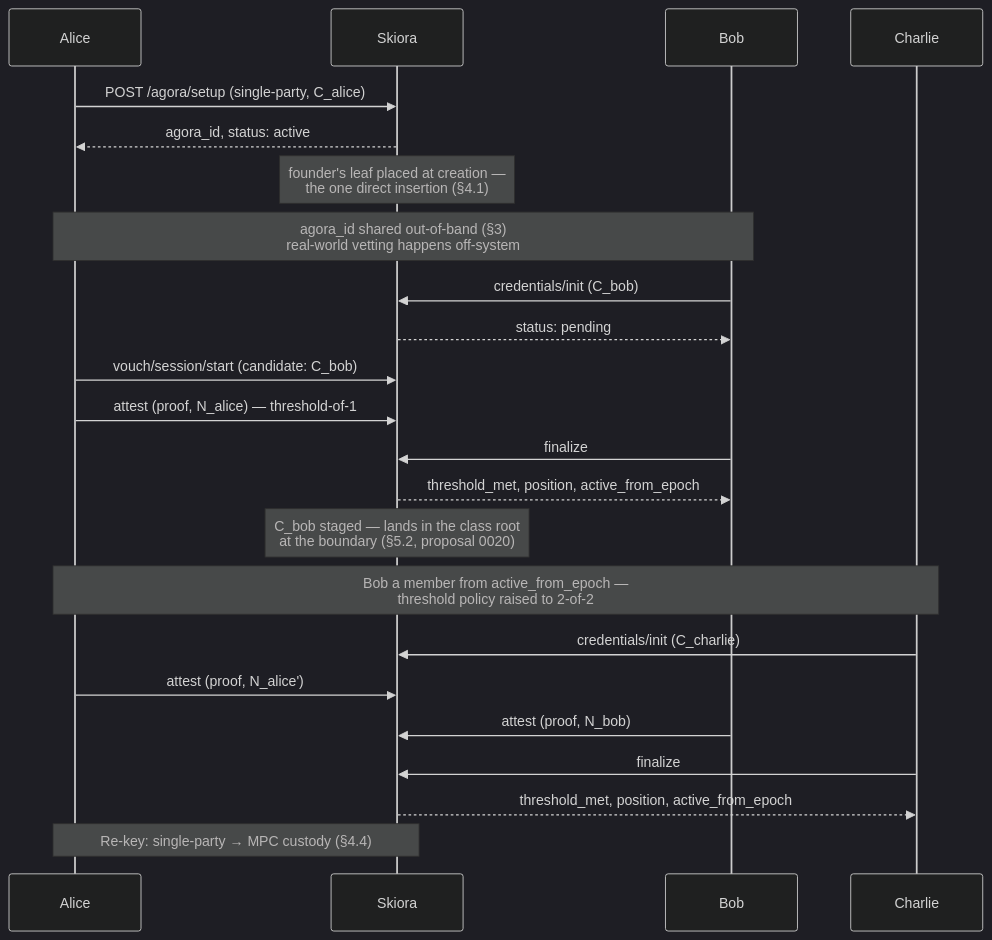
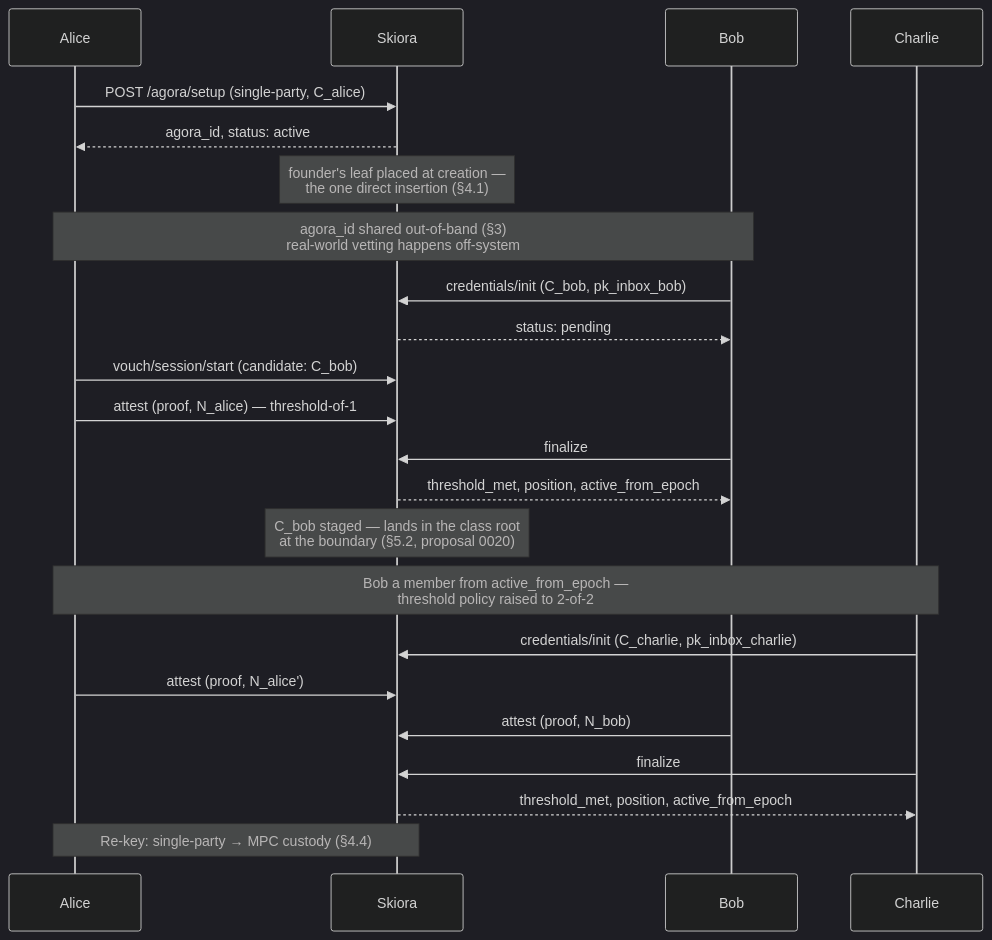
The second of 6 diagrams in spec/nymora-protocol.md (xyberal/nymora), drawn with Mermaid (dark theme) before and after one commit. The commit also changed other lines of this file and 59 other files, not shown here.

````diff
--- a/spec/nymora-protocol.md
+++ b/spec/nymora-protocol.md
@@ -96,32 +96,32 @@
 ```mermaid
 sequenceDiagram
     participant Alice
     participant Skiora
     participant Bob
     participant Charlie
 
     Alice->>Skiora: POST /agora/setup (single-party, C_alice)
     Skiora-->>Alice: agora_id, status: active
     Note over Skiora: founder's leaf placed at creation —<br/>the one direct insertion (§4.1)
 
     Note over Alice,Bob: agora_id shared out-of-band (§3)<br/>real-world vetting happens off-system
 
-    Bob->>Skiora: credentials/init (C_bob)
+    Bob->>Skiora: credentials/init (C_bob, pk_inbox_bob)
     Skiora-->>Bob: status: pending
 
     Alice->>Skiora: vouch/session/start (candidate: C_bob)
     Alice->>Skiora: attest (proof, N_alice) — threshold-of-1
     Bob->>Skiora: finalize
     Skiora-->>Bob: threshold_met, position, active_from_epoch
     Note over Skiora: C_bob staged — lands in the class root<br/>at the boundary (§5.2, proposal 0020)
 
     Note over Alice,Charlie: Bob a member from active_from_epoch —<br/>threshold policy raised to 2-of-2
 
-    Charlie->>Skiora: credentials/init (C_charlie)
+    Charlie->>Skiora: credentials/init (C_charlie, pk_inbox_charlie)
     Alice->>Skiora: attest (proof, N_alice')
     Bob->>Skiora: attest (proof, N_bob)
     Charlie->>Skiora: finalize
     Skiora-->>Charlie: threshold_met, position, active_from_epoch
 
     Note over Alice,Skiora: Re-key: single-party → MPC custody (§4.4)
 ```
````
